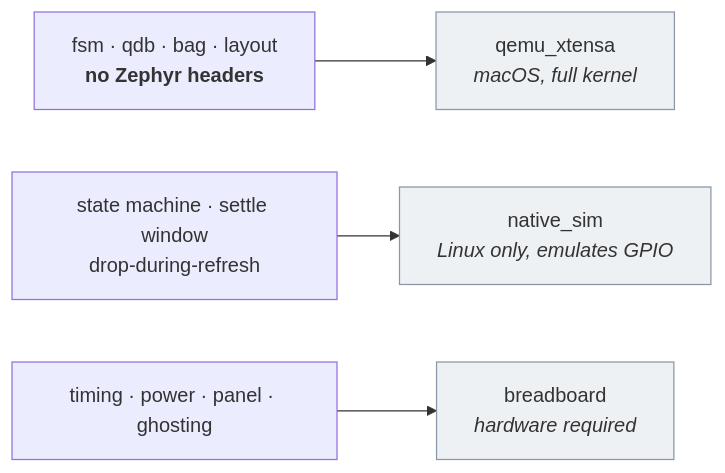
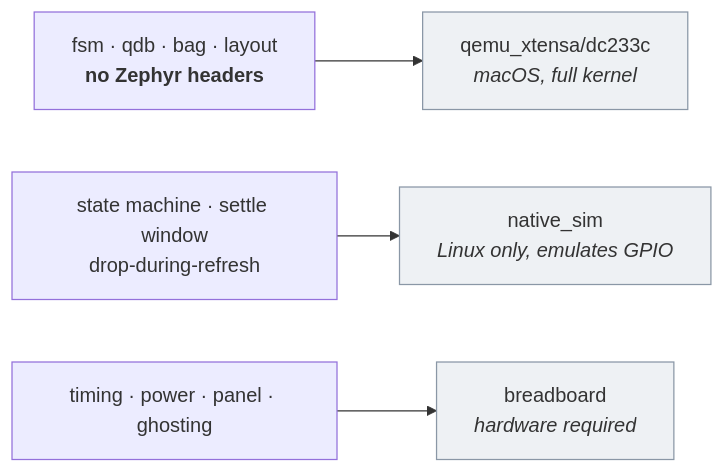
One commit to giacomomellone/cicala changed the seventh of 7 diagrams in docs/firmware_architecture.md. Above: the diagram before and after it, drawn with Mermaid. The commit also changed 6 other files, not shown here.

````diff
--- a/docs/firmware_architecture.md
+++ b/docs/firmware_architecture.md
@@ -267,9 +267,9 @@
 ```mermaid
 flowchart LR
-    A["fsm · qdb · bag · layout<br/><b>no Zephyr headers</b>"] --> H["qemu_xtensa<br/><i>macOS, full kernel</i>"]
+    A["fsm · qdb · bag · layout<br/><b>no Zephyr headers</b>"] --> H["qemu_xtensa/dc233c<br/><i>macOS, full kernel</i>"]
     B["state machine · settle window<br/>drop-during-refresh"] --> N["native_sim<br/><i>Linux only, emulates GPIO</i>"]
     C["timing · power · panel · ghosting"] --> HW["breadboard<br/><i>hardware required</i>"]
 
     classDef t fill:#eef1f4,stroke:#8a97a6
     class H,N,HW t
 ```
````
